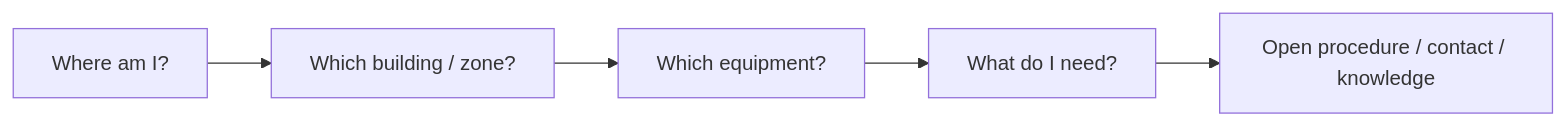
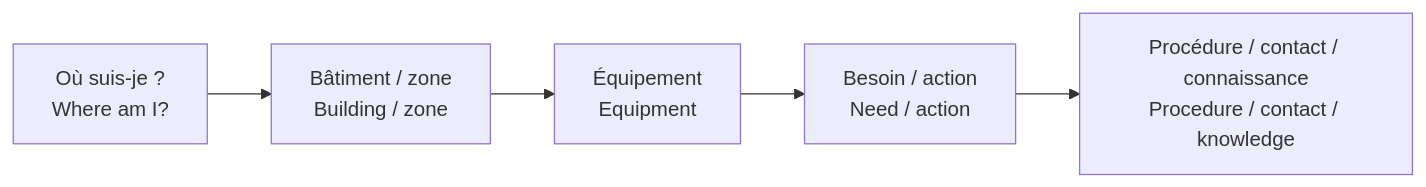
The diagram in projects/building-operations-hub/docs/USER_JOURNEY.md (jeffersonkuku/jefferson-Mawapanga-Saku), drawn with Mermaid before and after one commit. The commit also changed other lines of this file and 13 other files, not shown here.

````diff
--- a/projects/building-operations-hub/docs/USER_JOURNEY.md
+++ b/projects/building-operations-hub/docs/USER_JOURNEY.md
@@ -9,7 +5,7 @@
 ```mermaid
 flowchart LR
-    A[Where am I?] --> B[Which building / zone?]
-    B --> C[Which equipment?]
-    C --> D[What do I need?]
-    D --> E[Open procedure / contact / knowledge]
+    A[Où suis-je ?<br/>Where am I?] --> B[Bâtiment / zone<br/>Building / zone]
+    B --> C[Équipement<br/>Equipment]
+    C --> D[Besoin / action<br/>Need / action]
+    D --> E[Procédure / contact / connaissance<br/>Procedure / contact / knowledge]
 ```
````
